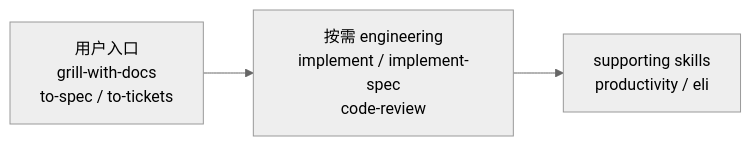
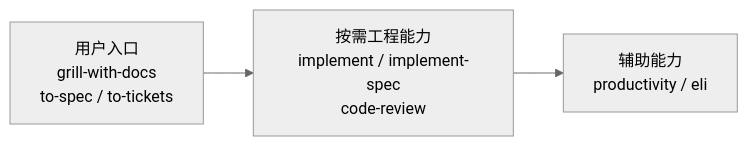
Before and after one commit to carl10086/ys-powers: the first of 4 diagrams in README.md, drawn with Mermaid (neutral theme). The commit also changed other lines of this file, not shown here.

````diff
--- a/README.md
+++ b/README.md
@@ -11,5 +11,5 @@
 ```mermaid
 flowchart LR
-    U[用户入口<br/>grill-with-docs<br/>to-spec / to-tickets] --> E[按需 engineering<br/>implement / implement-spec<br/>code-review]
-    E --> S[supporting skills<br/>productivity / eli]
+    U[用户入口<br/>grill-with-docs<br/>to-spec / to-tickets] --> E[按需工程能力<br/>implement / implement-spec<br/>code-review]
+    E --> S[辅助能力<br/>productivity / eli]
 ```
````
